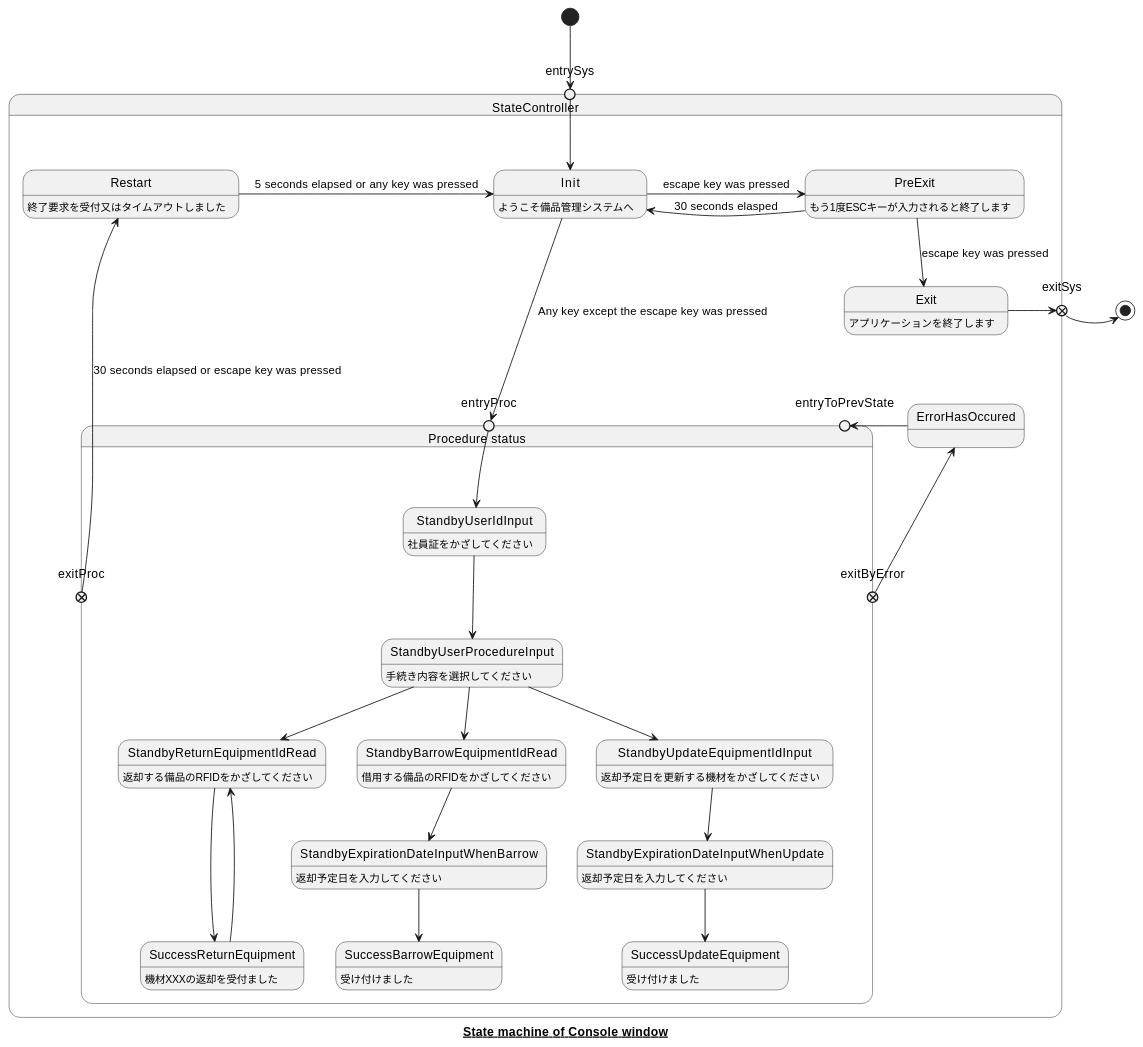
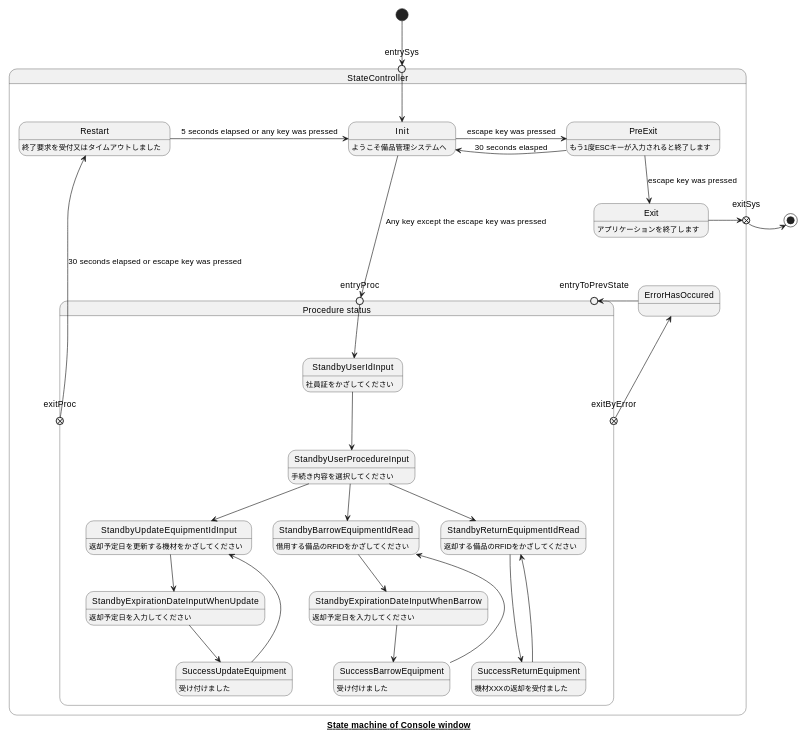
Before and after one commit to A-Yasue/EquipmentBookingSystem: the sixth of 6 diagrams in doc/design.md, drawn with PlantUML. The commit also changed other lines of this file and 1 other file, not shown here.

````diff
--- a/doc/design.md
+++ b/doc/design.md
@@ -325,73 +364,75 @@
 ```plantuml
-
+scale 0.7
 
 state StateController{
     state entrySys <<entryPoint>>
     state exitSys <<exitPoint>>
 
     state "Procedure status" as proc {
         state entryProc <<entryPoint>>
         state exitProc <<exitPoint>>
         state entryToPrevState <<entryPoint>>
         state exitByError <<exitPoint>>
 
         state StandbyUserIdInput : 社員証をかざしてください
         state StandbyUserProcedureInput : 手続き内容を選択してください
 
         state StandbyReturnEquipmentIdRead : 返却する備品のRFIDをかざしてください
         state SuccessReturnEquipment : 機材XXXの返却を受付ました
 
         state StandbyBarrowEquipmentIdRead : 借用する備品のRFIDをかざしてください
         state StandbyExpirationDateInputWhenBarrow : 返却予定日を入力してください
         state SuccessBarrowEquipment : 受け付けました
 
         state StandbyUpdateEquipmentIdInput : 返却予定日を更新する機材をかざしてください
         state StandbyExpirationDateInputWhenUpdate : 返却予定日を入力してください
         state SuccessUpdateEquipment : 受け付けました
 
     }
 
     state Init : ようこそ備品管理システムへ
     state PreExit : もう1度ESCキーが入力されると終了します
     state Exit : アプリケーションを終了します
     state Restart : 終了要求を受付又はタイムアウトしました
     state ErrorHasOccured
 }
 
 [*] -do-> entrySys
 entrySys -do-> Init
 
 ErrorHasOccured -ri-> entryToPrevState 
 exitByError -le-> ErrorHasOccured
 
 Init -> PreExit : escape key was pressed
 PreExit -do-> Exit : escape key was pressed
 PreExit -le-> Init : 30 seconds elasped
 Exit -up> exitSys
 exitSys -ri-> [*]
 
 Restart -ri-> Init : 5 seconds elapsed or any key was pressed
 
 Exit -do[hidden]-> ErrorHasOccured
 
 Init -do-> entryProc : Any key except the escape key was pressed
 exitProc -up-> Restart : 30 seconds elapsed or escape key was pressed
 
 entryProc -do-> StandbyUserIdInput
 StandbyUserIdInput -do-> StandbyUserProcedureInput
 
 StandbyUserProcedureInput -do-> StandbyReturnEquipmentIdRead
 StandbyReturnEquipmentIdRead -do--> SuccessReturnEquipment
 SuccessReturnEquipment -up-> StandbyReturnEquipmentIdRead
 
 StandbyUserProcedureInput -do-> StandbyBarrowEquipmentIdRead
 StandbyBarrowEquipmentIdRead -do-> StandbyExpirationDateInputWhenBarrow
 StandbyExpirationDateInputWhenBarrow -do-> SuccessBarrowEquipment
+SuccessBarrowEquipment -up-> StandbyBarrowEquipmentIdRead
 
 StandbyUserProcedureInput -do-> StandbyUpdateEquipmentIdInput
 StandbyUpdateEquipmentIdInput -do-> StandbyExpirationDateInputWhenUpdate
 StandbyExpirationDateInputWhenUpdate -do-> SuccessUpdateEquipment
+SuccessUpdateEquipment -up-> StandbyUpdateEquipmentIdInput
 
 caption **__State machine of Console window__**
 
 ```
````
